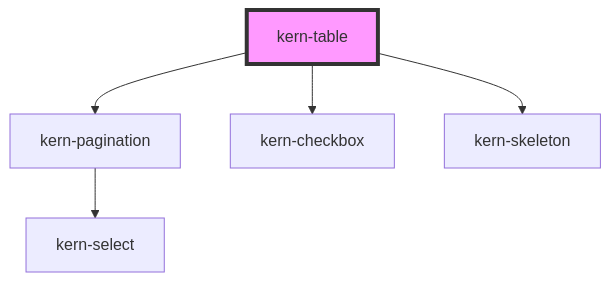
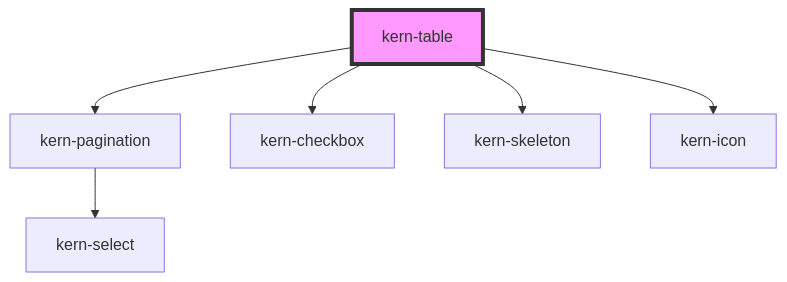
The diagram in src/components/kern-table/readme.md (yfridelance/kern), drawn with Mermaid before and after one commit. The commit also changed other lines of this file and 8 other files, not shown here.

First line of the commit message:
kern-table: aufklappbare Detail-Zeilen

````diff
--- a/src/components/kern-table/readme.md
+++ b/src/components/kern-table/readme.md
@@ -471,8 +582,9 @@
 ```mermaid
 graph TD;
   kern-table --> kern-pagination
   kern-table --> kern-checkbox
   kern-table --> kern-skeleton
+  kern-table --> kern-icon
   kern-pagination --> kern-select
   style kern-table fill:#f9f,stroke:#333,stroke-width:4px
 ```
````
